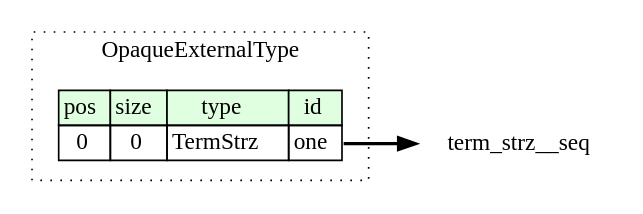
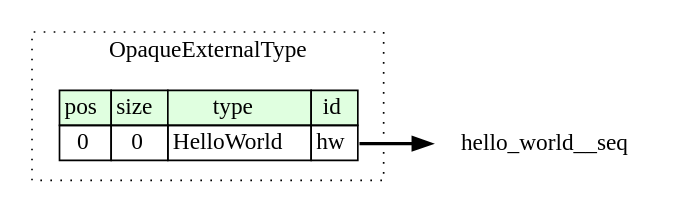
One commit to kaitai-io/ci_targets changed the diagram in compiled/graphviz/opaque_external_type.dot. Above: the diagram before and after it, drawn with Graphviz. The commit also changed 2652 other files, not shown here.

```diff
--- a/compiled/graphviz/opaque_external_type.dot
+++ b/compiled/graphviz/opaque_external_type.dot
@@ -1,14 +1,14 @@
 digraph {
 	rankdir=LR;
 	node [shape=plaintext];
 	subgraph cluster__opaque_external_type {
 		label="OpaqueExternalType";
 		graph[style=dotted];
 
 		opaque_external_type__seq [label=<<TABLE BORDER="0" CELLBORDER="1" CELLSPACING="0">
 			<TR><TD BGCOLOR="#E0FFE0">pos</TD><TD BGCOLOR="#E0FFE0">size</TD><TD BGCOLOR="#E0FFE0">type</TD><TD BGCOLOR="#E0FFE0">id</TD></TR>
-			<TR><TD PORT="one_pos">0</TD><TD PORT="one_size">0</TD><TD>TermStrz</TD><TD PORT="one_type">one</TD></TR>
+			<TR><TD PORT="hw_pos">0</TD><TD PORT="hw_size">0</TD><TD>HelloWorld</TD><TD PORT="hw_type">hw</TD></TR>
 		</TABLE>>];
 	}
-	opaque_external_type__seq:one_type -> term_strz__seq [style=bold];
+	opaque_external_type__seq:hw_type -> hello_world__seq [style=bold];
 }
```
